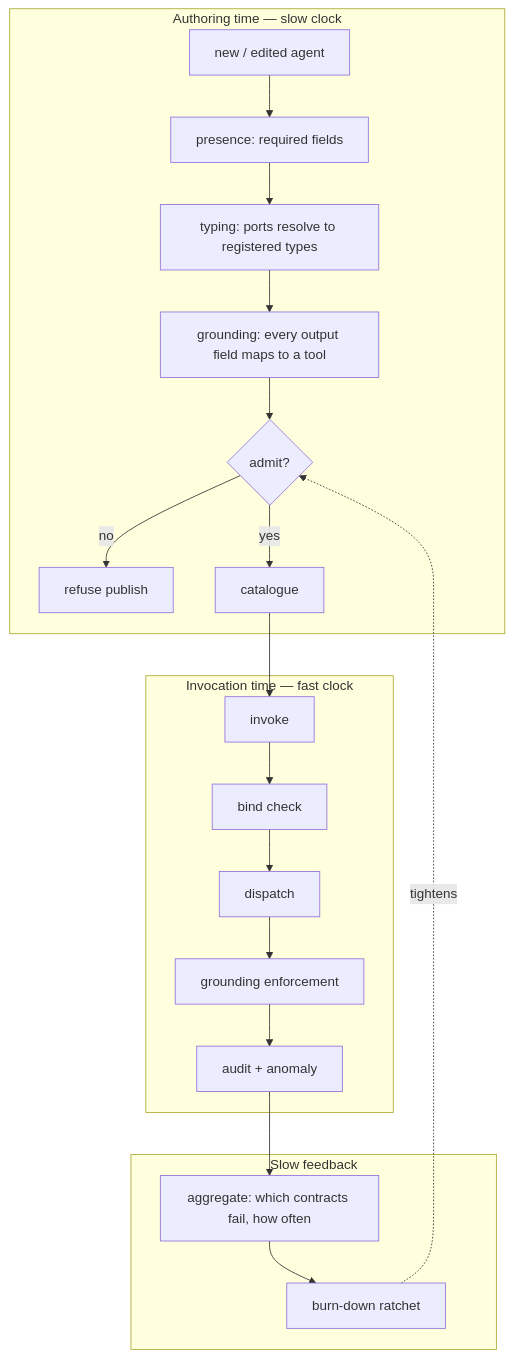
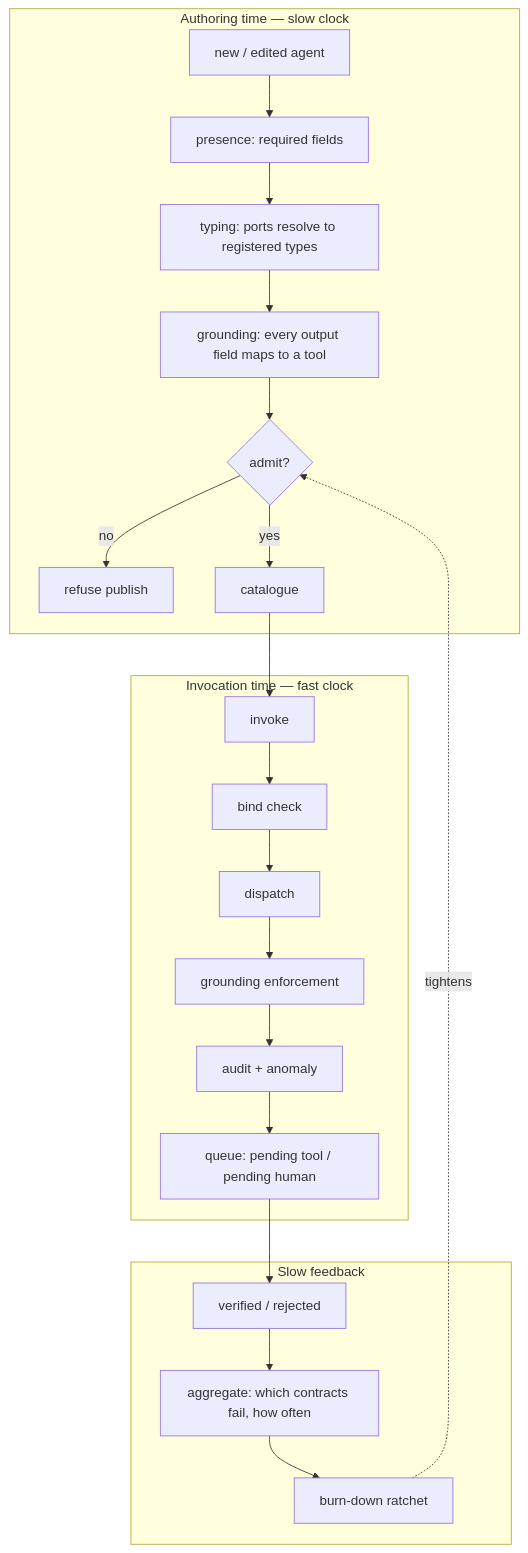
One commit to Replicant-Partners/fermi changed the seventh of 7 diagrams in docs/papers/verification_for_agent_ecologies.md. Above: the diagram before and after it, drawn with Mermaid. The commit also changed other lines of this file, not shown here.

````diff
--- a/docs/papers/verification_for_agent_ecologies.md
+++ b/docs/papers/verification_for_agent_ecologies.md
@@ -321,25 +489,27 @@
 ```mermaid
 graph TD
     subgraph AUTH["Authoring time — slow clock"]
         N["new / edited agent"] --> P1["presence: required fields"]
         P1 --> P2["typing: ports resolve to registered types"]
         P2 --> P3["grounding: every output field maps to a tool"]
         P3 --> ADM{"admit?"}
         ADM -->|no| REJ["refuse publish"]
         ADM -->|yes| CAT["catalogue"]
     end
 
     subgraph RUN["Invocation time — fast clock"]
         CAT --> INV["invoke"]
         INV --> BIND["bind check"]
         BIND --> DISP["dispatch"]
         DISP --> GR["grounding enforcement"]
         GR --> AUD["audit + anomaly"]
+        AUD --> QU["queue: pending tool / pending human"]
     end
 
     subgraph LEDGER["Slow feedback"]
-        AUD --> AGG["aggregate: which contracts fail, how often"]
+        QU --> VER["verified / rejected"]
+        VER --> AGG["aggregate: which contracts fail, how often"]
         AGG --> RATCH["burn-down ratchet"]
         RATCH -.->|"tightens"| ADM
     end
 ```
````
